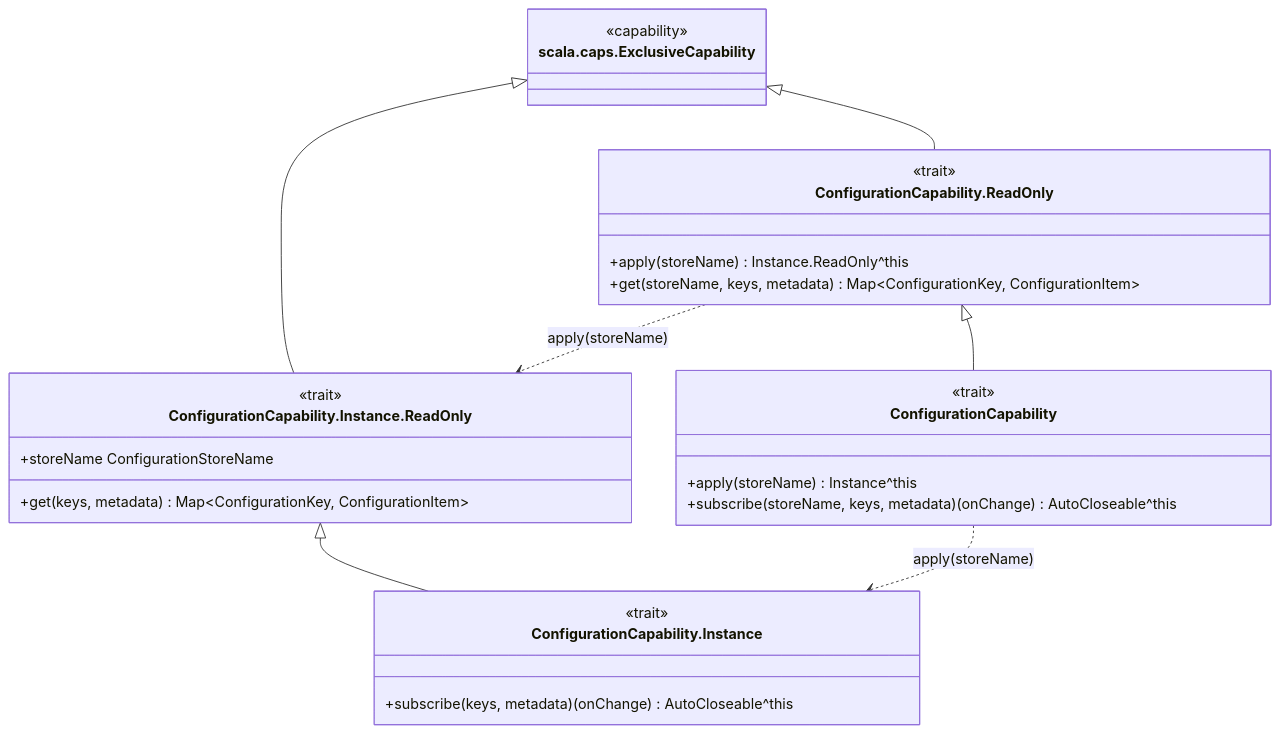
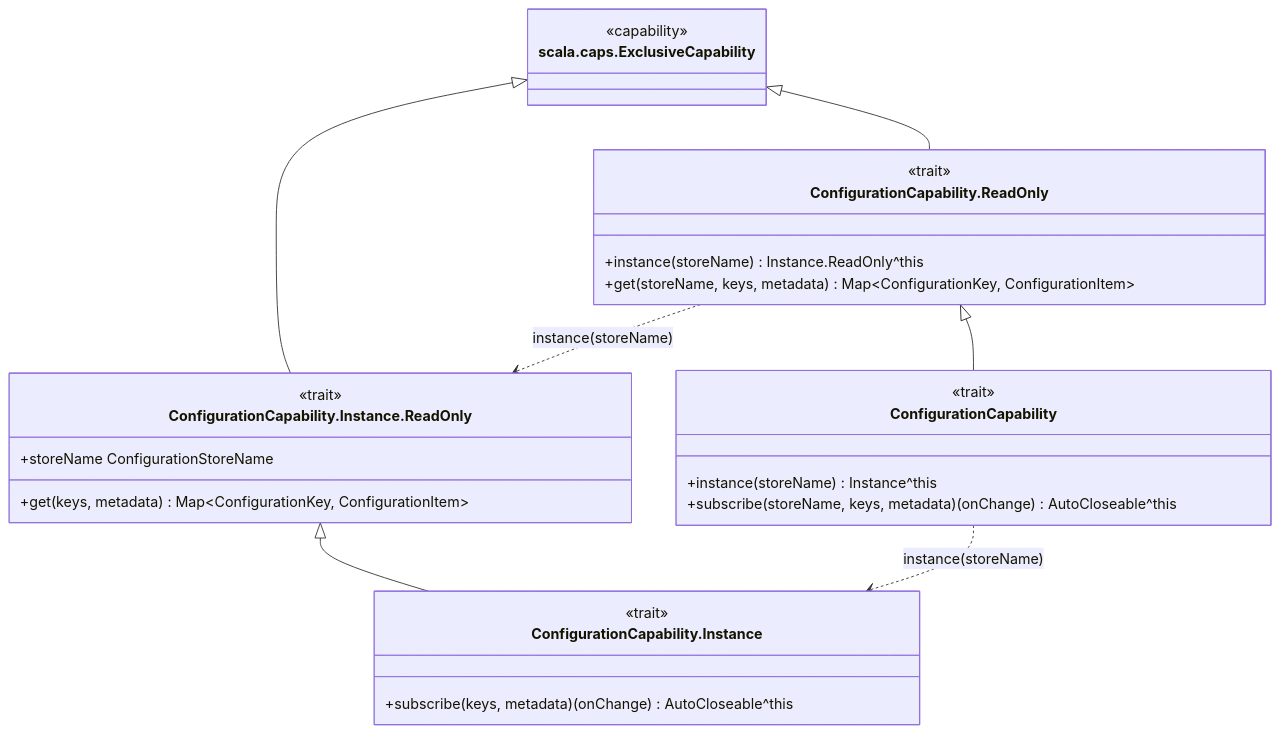
Before and after one commit to sideeffffect/dapr4s: the fourth of 15 diagrams in docs/CAPABILITY-HIERARCHY.md, drawn with Mermaid. The commit also changed other lines of this file and 26 other files, not shown here.

Commit message:
docs: instance(name)/forType narrowing in scaladoc, docs and spec

````diff
--- a/docs/CAPABILITY-HIERARCHY.md
+++ b/docs/CAPABILITY-HIERARCHY.md
@@ -169,33 +169,33 @@
 ```mermaid
 classDiagram
     direction TB
     class ExclusiveCapability["scala.caps.ExclusiveCapability"]
     <<capability>> ExclusiveCapability
 
     class ConfigurationCapability_ReadOnly["ConfigurationCapability.ReadOnly"]
     <<trait>> ConfigurationCapability_ReadOnly
-    ConfigurationCapability_ReadOnly : +apply(storeName) Instance.ReadOnly^this
+    ConfigurationCapability_ReadOnly : +instance(storeName) Instance.ReadOnly^this
     ConfigurationCapability_ReadOnly : +get(storeName, keys, metadata) Map~ConfigurationKey, ConfigurationItem~
 
     class ConfigurationCapability {
         <<trait>>
-        +apply(storeName) Instance^this
+        +instance(storeName) Instance^this
         +subscribe(storeName, keys, metadata)(onChange) AutoCloseable^this
     }
 
     class ConfigurationCapability_Instance_ReadOnly["ConfigurationCapability.Instance.ReadOnly"]
     <<trait>> ConfigurationCapability_Instance_ReadOnly
     ConfigurationCapability_Instance_ReadOnly : +storeName ConfigurationStoreName
     ConfigurationCapability_Instance_ReadOnly : +get(keys, metadata) Map~ConfigurationKey, ConfigurationItem~
 
     class ConfigurationCapability_Instance["ConfigurationCapability.Instance"]
     <<trait>> ConfigurationCapability_Instance
     ConfigurationCapability_Instance : +subscribe(keys, metadata)(onChange) AutoCloseable^this
 
     ExclusiveCapability <|-- ConfigurationCapability_ReadOnly
     ConfigurationCapability_ReadOnly <|-- ConfigurationCapability
     ExclusiveCapability <|-- ConfigurationCapability_Instance_ReadOnly
     ConfigurationCapability_Instance_ReadOnly <|-- ConfigurationCapability_Instance
-    ConfigurationCapability_ReadOnly ..> ConfigurationCapability_Instance_ReadOnly : apply(storeName)
-    ConfigurationCapability ..> ConfigurationCapability_Instance : apply(storeName)
+    ConfigurationCapability_ReadOnly ..> ConfigurationCapability_Instance_ReadOnly : instance(storeName)
+    ConfigurationCapability ..> ConfigurationCapability_Instance : instance(storeName)
 ```
````
